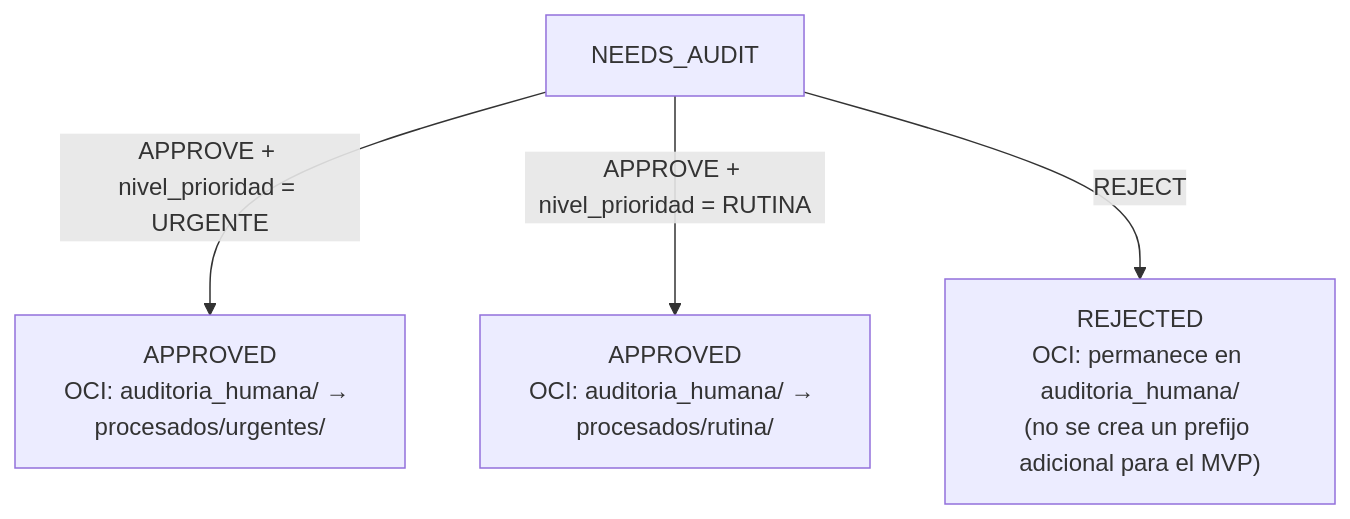
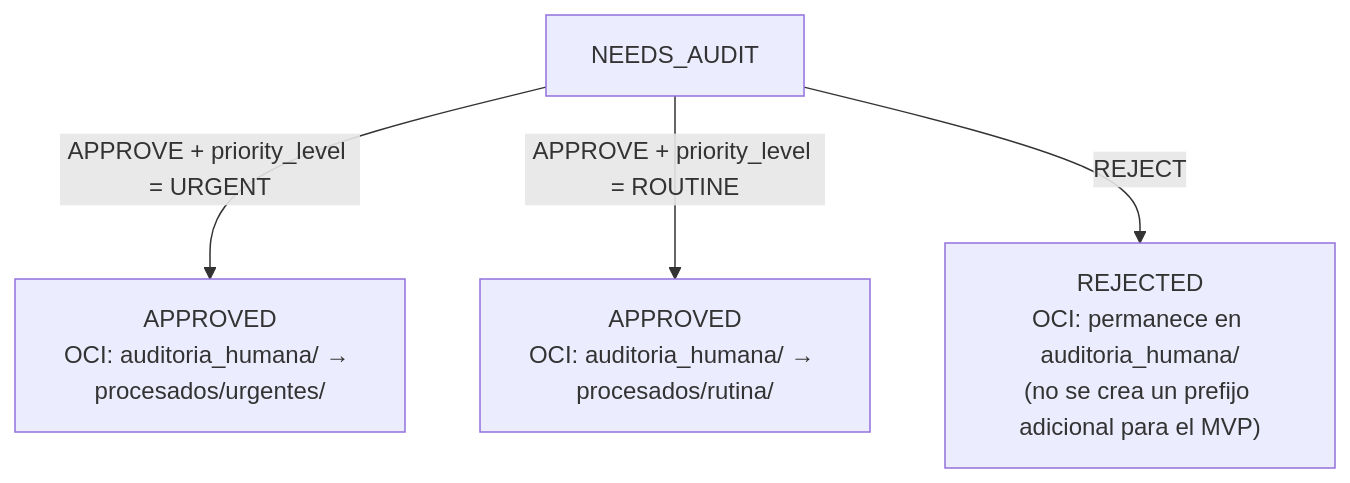
One commit to No-Country-simulation/G10-MediFlow-Team11 changed the fifth of 6 diagrams in docs/ARCHITECTURE.md. Above: the diagram before and after it, drawn with Mermaid. The commit also changed other lines of this file, not shown here.

````diff
--- a/docs/ARCHITECTURE.md
+++ b/docs/ARCHITECTURE.md
@@ -527,6 +527,6 @@
 ```mermaid
 flowchart TD
-    A["NEEDS_AUDIT"] -->|"APPROVE + nivel_prioridad = URGENTE"| B["APPROVED<br/>OCI: auditoria_humana/ → procesados/urgentes/"]
-    A -->|"APPROVE + nivel_prioridad = RUTINA"| C["APPROVED<br/>OCI: auditoria_humana/ → procesados/rutina/"]
+    A["NEEDS_AUDIT"] -->|"APPROVE + priority_level = URGENT"| B["APPROVED<br/>OCI: auditoria_humana/ → procesados/urgentes/"]
+    A -->|"APPROVE + priority_level = ROUTINE"| C["APPROVED<br/>OCI: auditoria_humana/ → procesados/rutina/"]
     A -->|"REJECT"| D["REJECTED<br/>OCI: permanece en auditoria_humana/<br/>(no se crea un prefijo adicional para el MVP)"]
 ```
````
